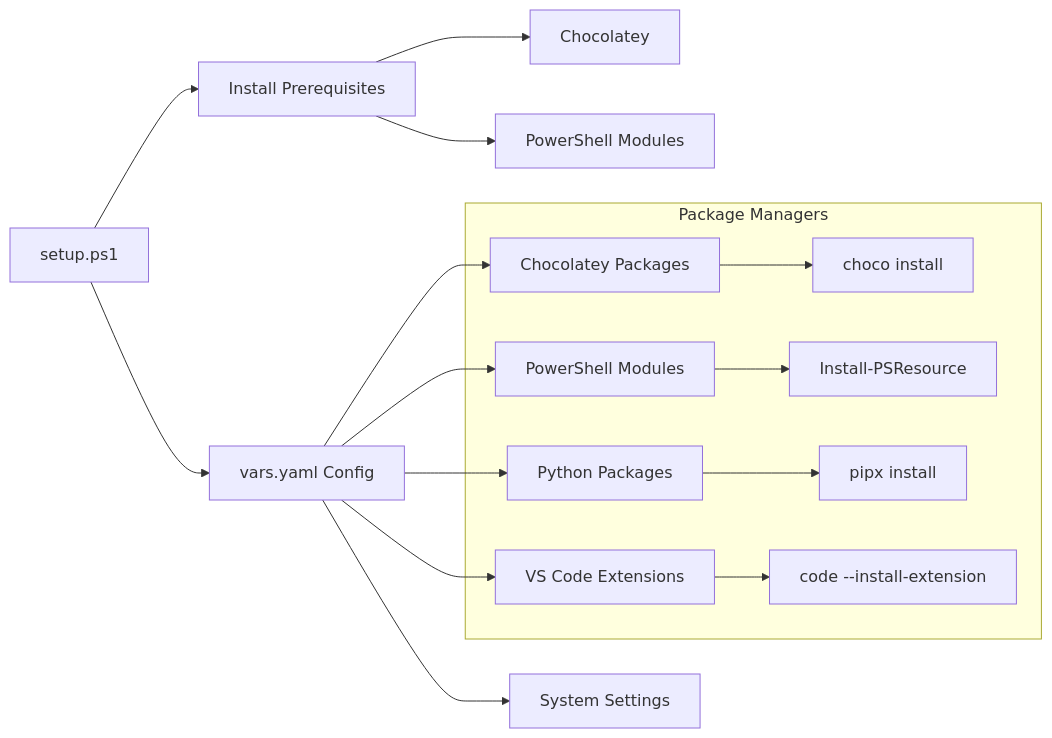
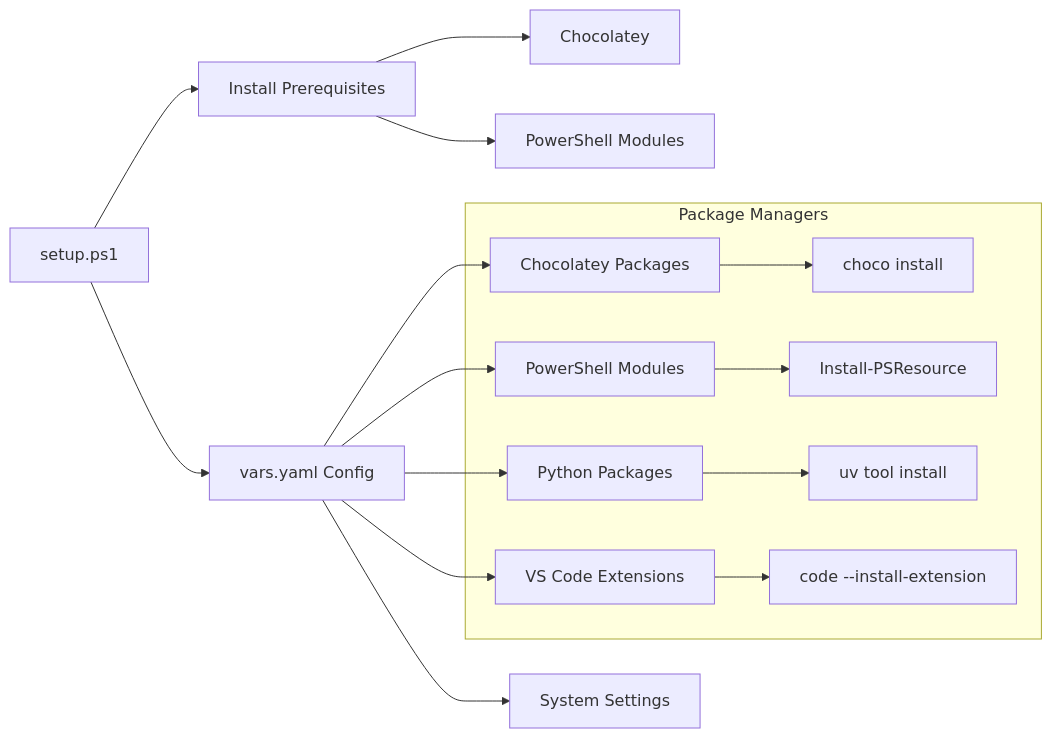
The third of 11 diagrams in docs/architecture.md (ryanspletzer/dev-machine-setup), drawn with Mermaid before and after one commit. The commit also changed other lines of this file and 31 other files, not shown here.

````diff
--- a/docs/architecture.md
+++ b/docs/architecture.md
@@ -127,20 +127,20 @@
 ```mermaid
 graph LR
     A[setup.ps1] --> B[Install Prerequisites]
     B --> C[Chocolatey]
     B --> D[PowerShell Modules]
 
     A --> E[vars.yaml Config]
     E --> F[Chocolatey Packages]
     E --> G[PowerShell Modules]
     E --> H[Python Packages]
     E --> I[VS Code Extensions]
     E --> J[System Settings]
 
     subgraph "Package Managers"
         F --> K[choco install]
         G --> L[Install-PSResource]
-        H --> M[pipx install]
+        H --> M[uv tool install]
         I --> N[code --install-extension]
     end
 ```
````
